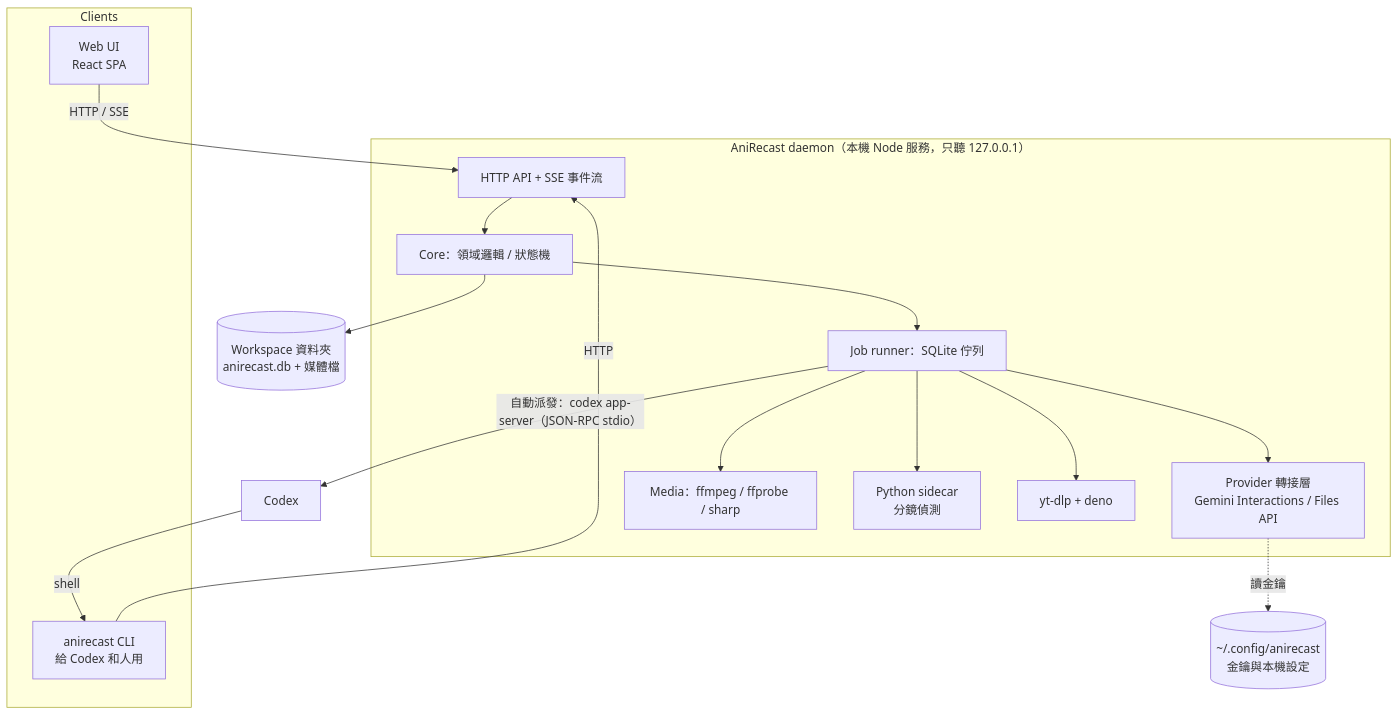
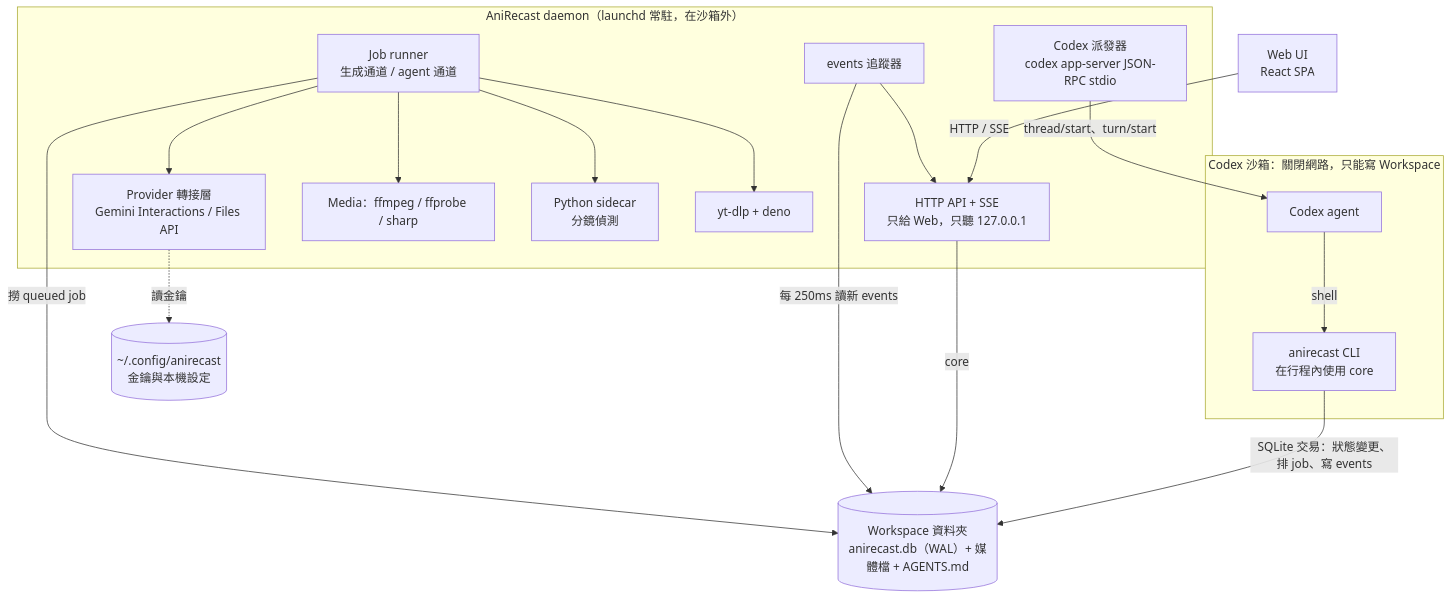
Before and after one commit to LienJack/AniRecast: the first of 2 diagrams in .trellis/tasks/10-24-anirecast-prd/design.md, drawn with Mermaid. The commit also changed other lines of this file and 6 other files, not shown here.

First line of the commit message:
docs: macOS-first platform plan and sandbox-safe CLI transport

````diff
--- a/.trellis/tasks/10-24-anirecast-prd/design.md
+++ b/.trellis/tasks/10-24-anirecast-prd/design.md
@@ -7,26 +7,28 @@
 ```mermaid
 flowchart TB
-  subgraph Clients
-    W[Web UI<br/>React SPA]
-    C[anirecast CLI<br/>給 Codex 和人用]
+  subgraph Sandbox[Codex 沙箱：關閉網路，只能寫 Workspace]
+    CX[Codex agent]
+    C[anirecast CLI<br/>在行程內使用 core]
   end
-  subgraph Daemon[AniRecast daemon（本機 Node 服務，只聽 127.0.0.1）]
-    API[HTTP API + SSE 事件流]
-    CORE[Core：領域邏輯 / 狀態機]
-    JOB[Job runner：SQLite 佇列]
+  subgraph Daemon[AniRecast daemon（launchd 常駐，在沙箱外）]
+    API[HTTP API + SSE<br/>只給 Web，只聽 127.0.0.1]
+    TAIL[events 追蹤器]
+    JOB[Job runner<br/>生成通道 / agent 通道]
     PROV[Provider 轉接層<br/>Gemini Interactions / Files API]
     MEDIA[Media：ffmpeg / ffprobe / sharp]
     PY[Python sidecar<br/>分鏡偵測]
     DL[yt-dlp + deno]
+    DISP[Codex 派發器<br/>codex app-server JSON-RPC stdio]
   end
-  WS[(Workspace 資料夾<br/>anirecast.db + 媒體檔)]
-  CFG[(~/.config/anirecast<br/>金鑰與本機設定)]
-  CX[Codex] -- shell --> C
-  W -- HTTP / SSE --> API
-  C -- HTTP --> API
-  API --> CORE --> JOB
+  W[Web UI<br/>React SPA] -- HTTP / SSE --> API
+  CX -- shell --> C
+  C -- SQLite 交易：狀態變更、排 job、寫 events --> WS
+  API -- core --> WS
+  WS[(Workspace 資料夾<br/>anirecast.db（WAL）+ 媒體檔 + AGENTS.md)]
+  TAIL -- 每 250ms 讀新 events --> WS
+  TAIL --> API
+  JOB -- 撈 queued job --> WS
   JOB --> PROV & MEDIA & PY & DL
-  CORE --> WS
-  PROV -.讀金鑰.-> CFG
-  JOB -- 自動派發：codex app-server（JSON-RPC stdio）--> CX
+  PROV -.讀金鑰.-> CFG[(~/.config/anirecast<br/>金鑰與本機設定)]
+  DISP -- thread/start、turn/start --> CX
 ```
````
